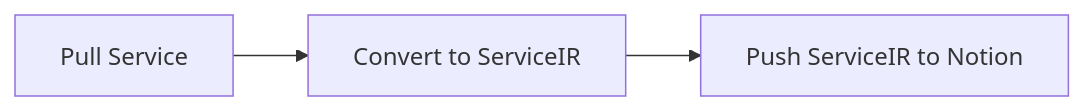
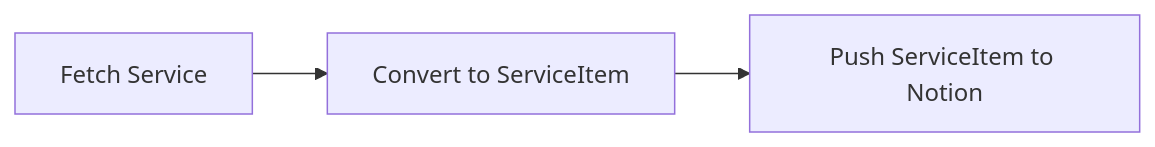
The diagram in README.md (azu/bluenotiondb), drawn with Mermaid before and after one commit. The commit also changed other lines of this file, not shown here.

````diff
--- a/README.md
+++ b/README.md
@@ -11,5 +11,5 @@
 ```mermaid
 graph LR
-    A[Pull Service] --> B[Convert to ServiceIR]
-    B --> C[Push ServiceIR to Notion]
+    A[Fetch Service] --> B[Convert to ServiceItem]
+    B --> C[Push ServiceItem to Notion]
 ```
````
